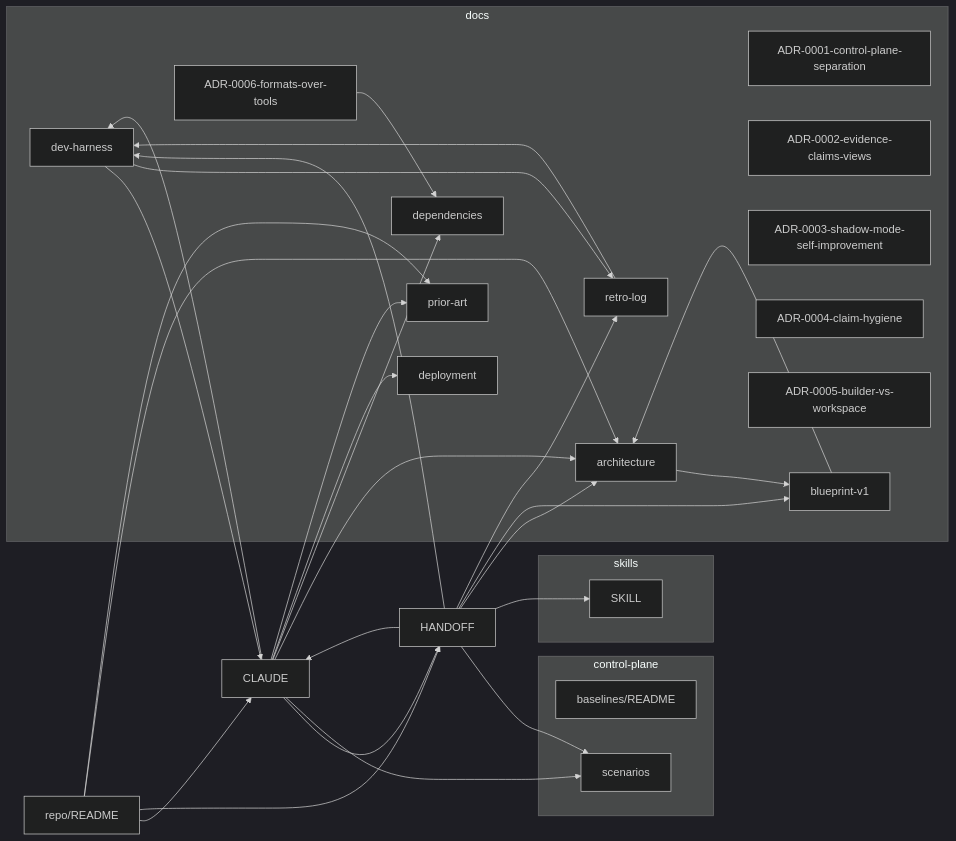
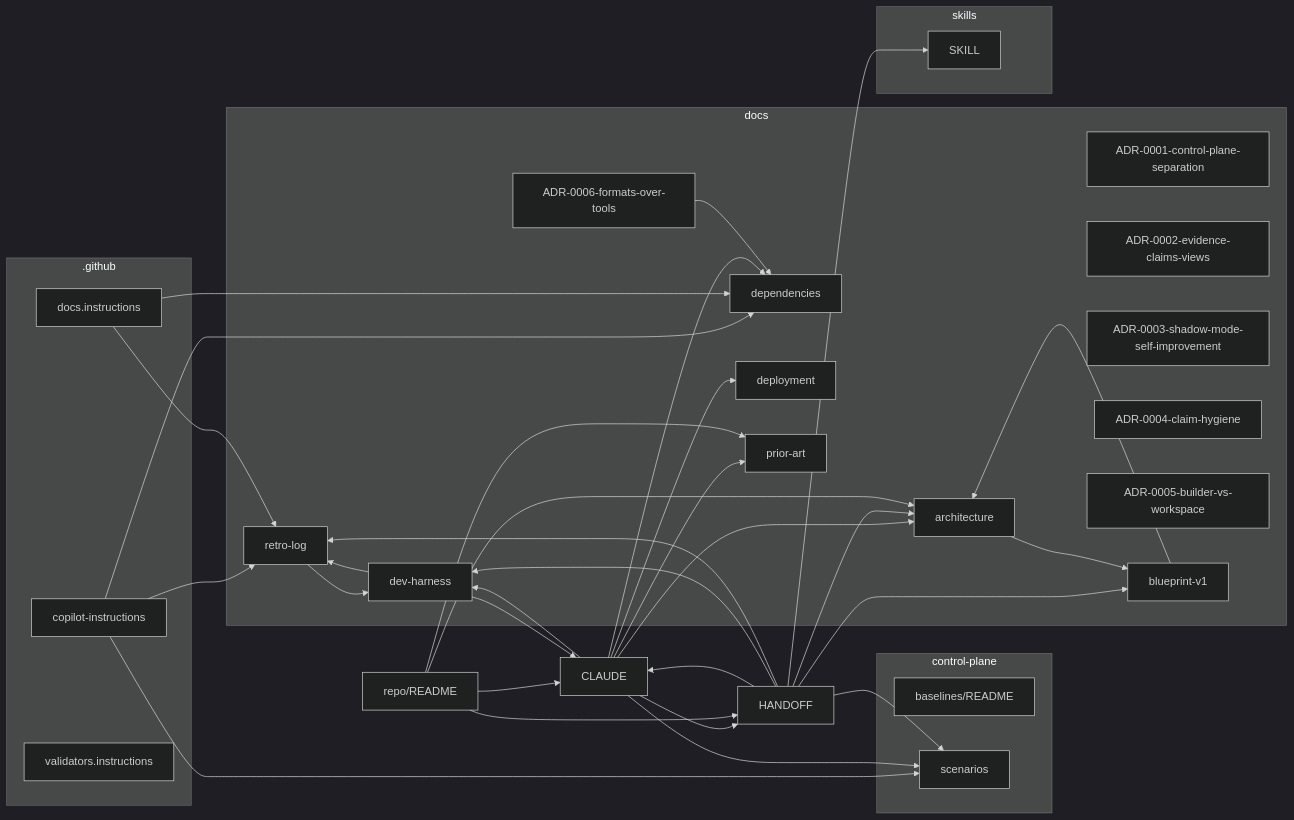
Before and after one commit to boulaajaj/ai-mise: the diagram in docs/mindmap.md, drawn with Mermaid (dark theme). The commit also changed other lines of this file, not shown here.

Commit message:
Regenerate mindmap: pick up .github/instructions/* nodes after rebase
Rebasing this PR onto main pulled in the review-instructions from #30
(.github/copilot-instructions.md and the two path-scoped instructions).
The mind-map generator now sees them, so mindmap.md gains three nodes and
five edges. This is the same freshness invariant ci.yml enforces in this
PR — regenerating it here is what the check itself would require next run.

````diff
--- a/docs/mindmap.md
+++ b/docs/mindmap.md
@@ -7,52 +7,62 @@
 ```mermaid
 graph LR
+  subgraph _github_g[.github]
+    _github_copilot_instructions_md["copilot-instructions"]
+    _github_instructions_docs_instructions_md["docs.instructions"]
+    _github_instructions_validators_instructions_md["validators.instructions"]
+  end
   subgraph control_plane_g[control-plane]
     control_plane_evaluation_baselines_README_md["baselines/README"]
     control_plane_threat_tests_scenarios_md["scenarios"]
   end
   subgraph docs_g[docs]
     docs_architecture_md["architecture"]
     docs_decisions_ADR_0001_control_plane_separation_md["ADR-0001-control-plane-separation"]
     docs_decisions_ADR_0002_evidence_claims_views_md["ADR-0002-evidence-claims-views"]
     docs_decisions_ADR_0003_shadow_mode_self_improvement_md["ADR-0003-shadow-mode-self-improvement"]
     docs_decisions_ADR_0004_claim_hygiene_md["ADR-0004-claim-hygiene"]
     docs_decisions_ADR_0005_builder_vs_workspace_md["ADR-0005-builder-vs-workspace"]
     docs_decisions_ADR_0006_formats_over_tools_md["ADR-0006-formats-over-tools"]
     docs_dependencies_md["dependencies"]
     docs_deployment_md["deployment"]
     docs_history_blueprint_v1_md["blueprint-v1"]
     docs_meta_dev_harness_md["dev-harness"]
     docs_meta_retro_log_md["retro-log"]
     docs_prior_art_md["prior-art"]
   end
   CLAUDE_md["CLAUDE"]
   HANDOFF_md["HANDOFF"]
   README_md["repo/README"]
   subgraph skills_g[skills]
     skills_inspector_SKILL_md["SKILL"]
   end
+  _github_copilot_instructions_md --> control_plane_threat_tests_scenarios_md
+  _github_copilot_instructions_md --> docs_dependencies_md
+  _github_copilot_instructions_md --> docs_meta_retro_log_md
+  _github_instructions_docs_instructions_md --> docs_dependencies_md
+  _github_instructions_docs_instructions_md --> docs_meta_retro_log_md
   CLAUDE_md --> HANDOFF_md
   CLAUDE_md --> control_plane_threat_tests_scenarios_md
   CLAUDE_md --> docs_architecture_md
   CLAUDE_md --> docs_dependencies_md
   CLAUDE_md --> docs_deployment_md
   CLAUDE_md --> docs_meta_dev_harness_md
   CLAUDE_md --> docs_prior_art_md
   HANDOFF_md --> CLAUDE_md
   HANDOFF_md --> control_plane_threat_tests_scenarios_md
   HANDOFF_md --> docs_architecture_md
   HANDOFF_md --> docs_history_blueprint_v1_md
   HANDOFF_md --> docs_meta_dev_harness_md
   HANDOFF_md --> docs_meta_retro_log_md
   HANDOFF_md --> skills_inspector_SKILL_md
   README_md --> CLAUDE_md
   README_md --> HANDOFF_md
   README_md --> docs_architecture_md
   README_md --> docs_prior_art_md
   docs_architecture_md --> docs_history_blueprint_v1_md
   docs_decisions_ADR_0006_formats_over_tools_md --> docs_dependencies_md
   docs_history_blueprint_v1_md --> docs_architecture_md
   docs_meta_dev_harness_md --> CLAUDE_md
   docs_meta_dev_harness_md --> docs_meta_retro_log_md
   docs_meta_retro_log_md --> docs_meta_dev_harness_md
 ```
````
